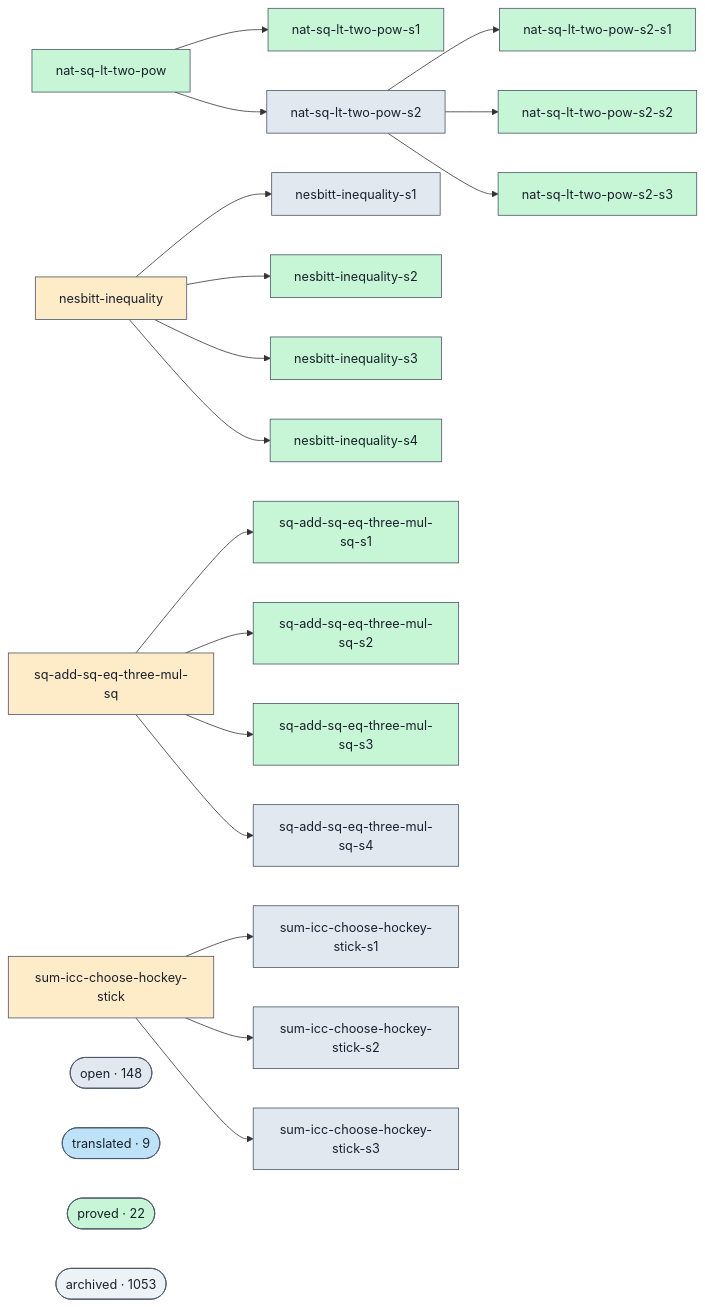
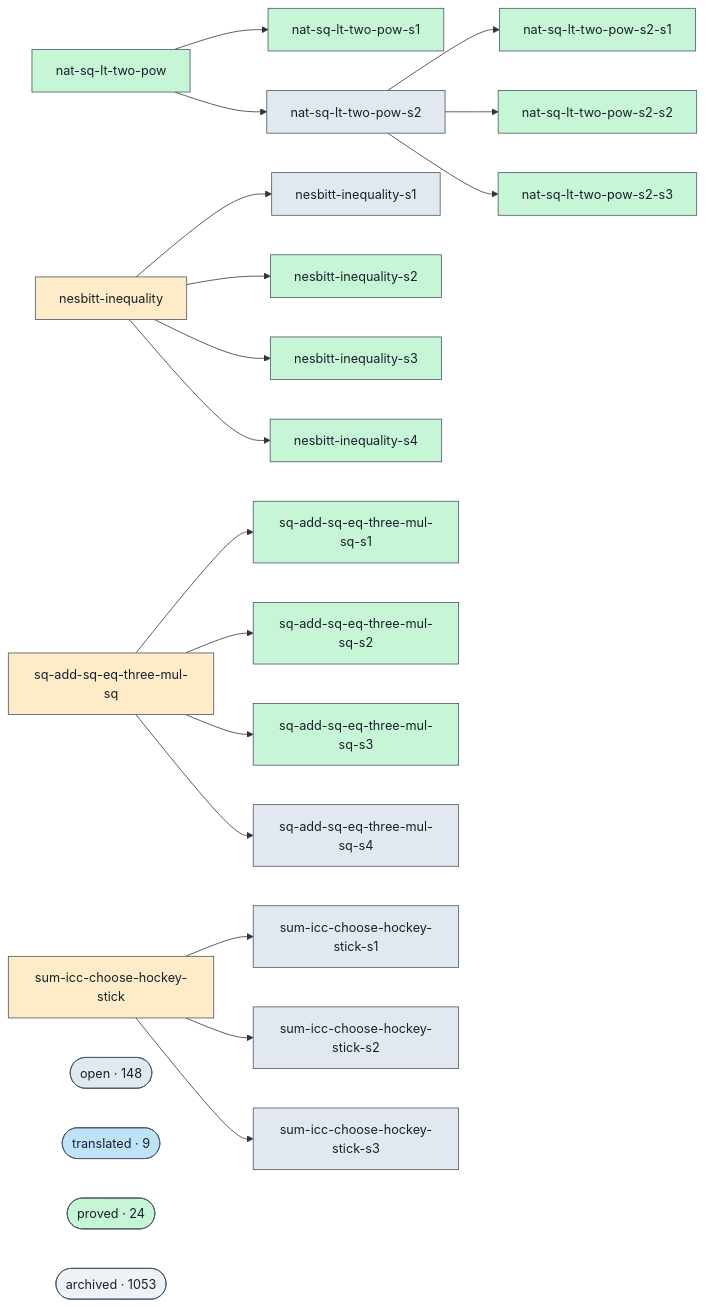
The diagram in docs/proofs-contributors-visualisation.md (ohdearquant/unsorry), drawn with Mermaid before and after one commit. The commit also changed other lines of this file and 2 other files, not shown here.

```diff
--- a/docs/proofs-contributors-visualisation.md
+++ b/docs/proofs-contributors-visualisation.md
@@ -102,7 +102,7 @@
   class cluster_open open;
   cluster_translated(["translated · 9"])
   class cluster_translated translated;
-  cluster_proved(["proved · 22"])
+  cluster_proved(["proved · 24"])
   class cluster_proved proved;
   cluster_archived(["archived · 1053"])
   class cluster_archived unknown;
```
